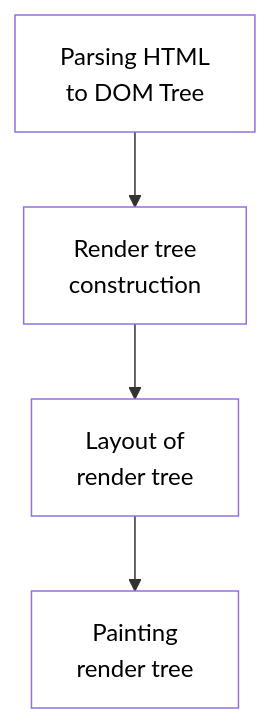
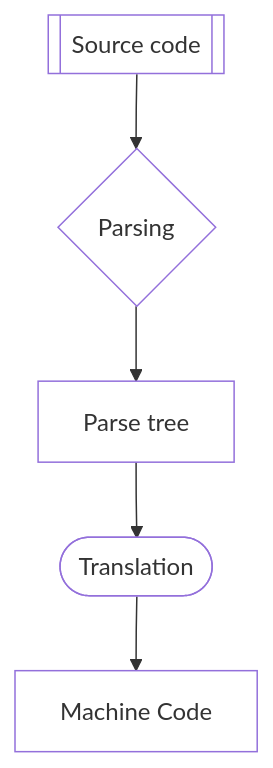
The third of 6 diagrams in Week-1/Browser.md (pesto-students/p3-priyanka-aravinthraaj), drawn with Mermaid before and after one commit. The commit also changed other lines of this file, not shown here.

````diff
--- a/Week-1/Browser.md
+++ b/Week-1/Browser.md
@@ -75,12 +74,12 @@
 ```mermaid
   flowchart TB;
-      1[Parsing HTML \n to DOM Tree];
-      2[Render tree \n construction];
-      3[Layout of \n render tree];
-      4[Painting \n render tree];
-      1-->2-->3-->4;
-      style 1 fill:#fff,color:#000
-      style 2 fill:#fff,color:#000
-      style 3 fill:#fff,color:#000
-      style 4 fill:#fff,color:#000
+      1[[Source code]];
+      2{Parsing};
+      3[Parse tree];
+      4([Translation]);
+      5[Machine Code]
+      1-->2-->3-->4-->5;
+      classDef customStyle fill:#fff;
+      class 1,2,3,4,5,6 customStyle;
+
 ```
````
